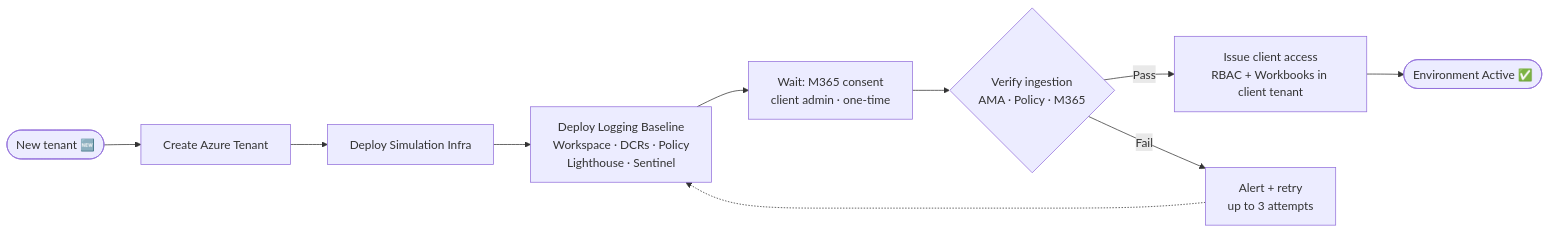
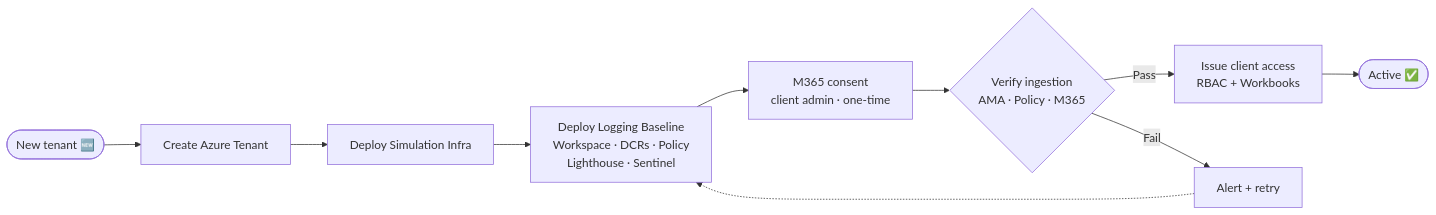
Before and after one commit to danielcorrea89/helix-logging-proposal: the fourth of 5 diagrams in PRESENTATION-SLIDES.md, drawn with Mermaid. The commit also changed other lines of this file, not shown here.

````diff
--- a/PRESENTATION-SLIDES.md
+++ b/PRESENTATION-SLIDES.md
@@ -329,12 +224,12 @@
 ```mermaid
 flowchart LR
     A(["New tenant 🆕"]) --> B["Create Azure Tenant"]
     B --> C["Deploy Simulation Infra"]
     C --> D["Deploy Logging Baseline\nWorkspace · DCRs · Policy\nLighthouse · Sentinel"]
-    D --> E["Wait: M365 consent\nclient admin · one-time"]
+    D --> E["M365 consent\nclient admin · one-time"]
     E --> F{"Verify ingestion\nAMA · Policy · M365"}
-    F -->|Pass| G["Issue client access\nRBAC + Workbooks in client tenant"]
-    G --> H(["Environment Active ✅"])
-    F -->|Fail| I["Alert + retry\nup to 3 attempts"]
+    F -->|Pass| G["Issue client access\nRBAC + Workbooks"]
+    G --> H(["Active ✅"])
+    F -->|Fail| I["Alert + retry"]
     I -.-> D
 ```
````
